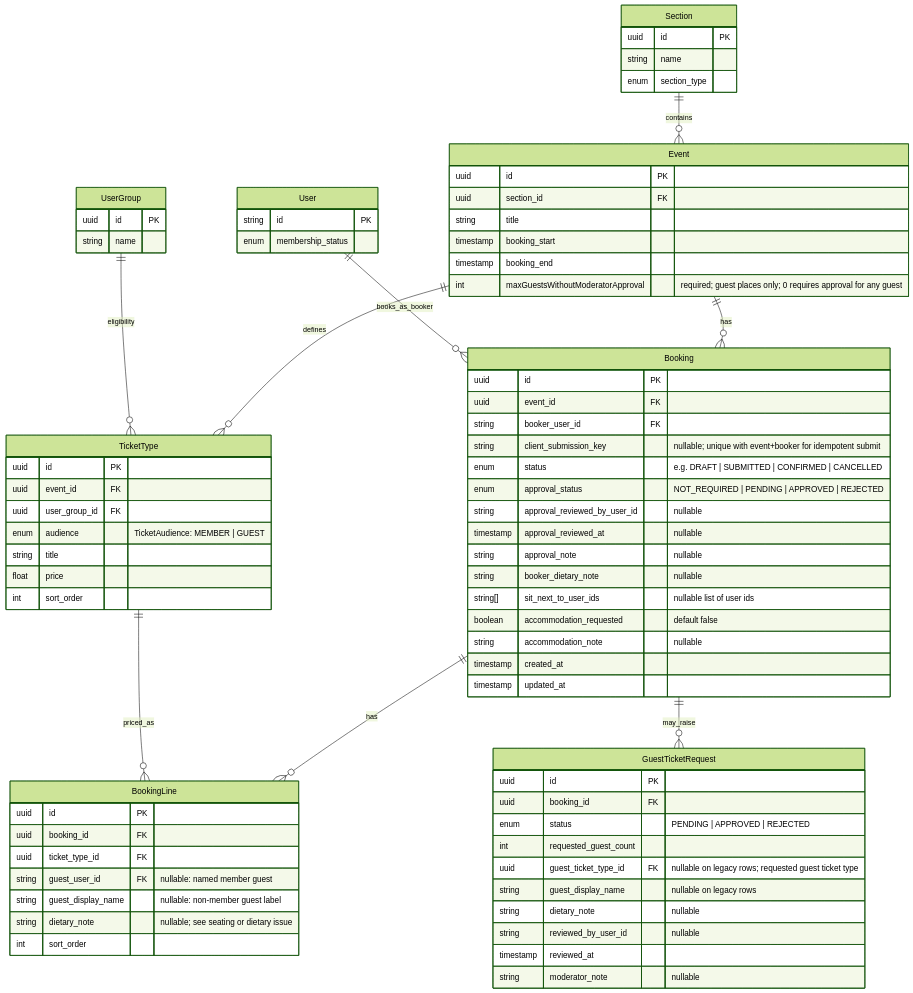
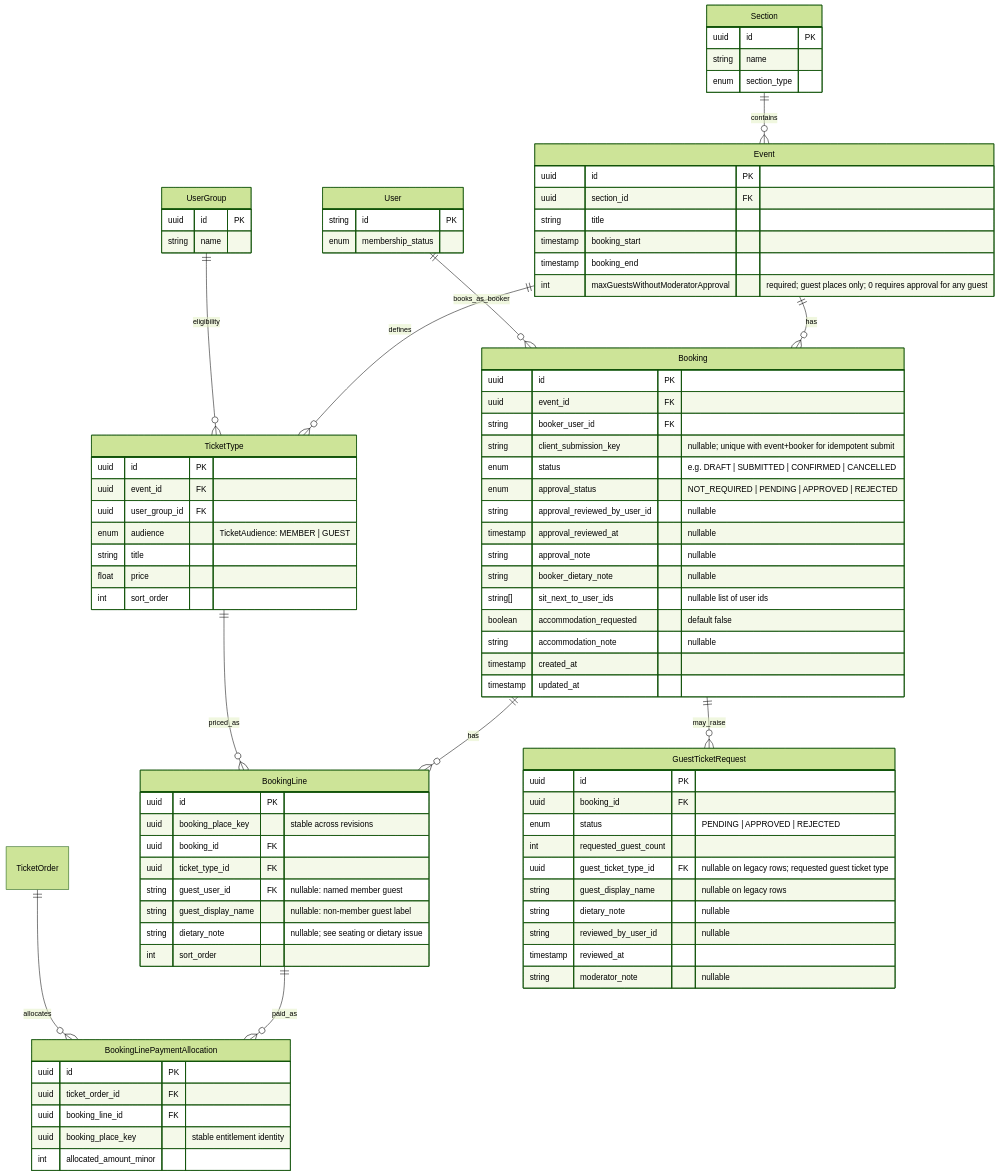
Before and after one commit to rafsodc/sodc-web: the diagram in docs/architecture/booking-data-model.md, drawn with Mermaid (forest theme). The commit also changed other lines of this file and 8 other files, not shown here.

Commit message:
Link booking tickets to payment orders (#543)

````diff
--- a/docs/architecture/booking-data-model.md
+++ b/docs/architecture/booking-data-model.md
@@ -20,6 +22,8 @@
   Event ||--o{ Booking : has
   User ||--o{ Booking : books_as_booker
   Booking ||--o{ BookingLine : has
+  BookingLine ||--o{ BookingLinePaymentAllocation : paid_as
+  TicketOrder ||--o{ BookingLinePaymentAllocation : allocates
   TicketType ||--o{ BookingLine : priced_as
   UserGroup ||--o{ TicketType : eligibility
   Booking ||--o{ GuestTicketRequest : may_raise
@@ -79,6 +83,7 @@
 
   BookingLine {
     uuid id PK
+    uuid booking_place_key "stable across revisions"
     uuid booking_id FK
     uuid ticket_type_id FK
     string guest_user_id FK "nullable: named member guest"
@@ -99,4 +104,12 @@
     timestamp reviewed_at
     string moderator_note "nullable"
   }
+
+  BookingLinePaymentAllocation {
+    uuid id PK
+    uuid ticket_order_id FK
+    uuid booking_line_id FK
+    uuid booking_place_key "stable entitlement identity"
+    int allocated_amount_minor
+  }
 ```
````
